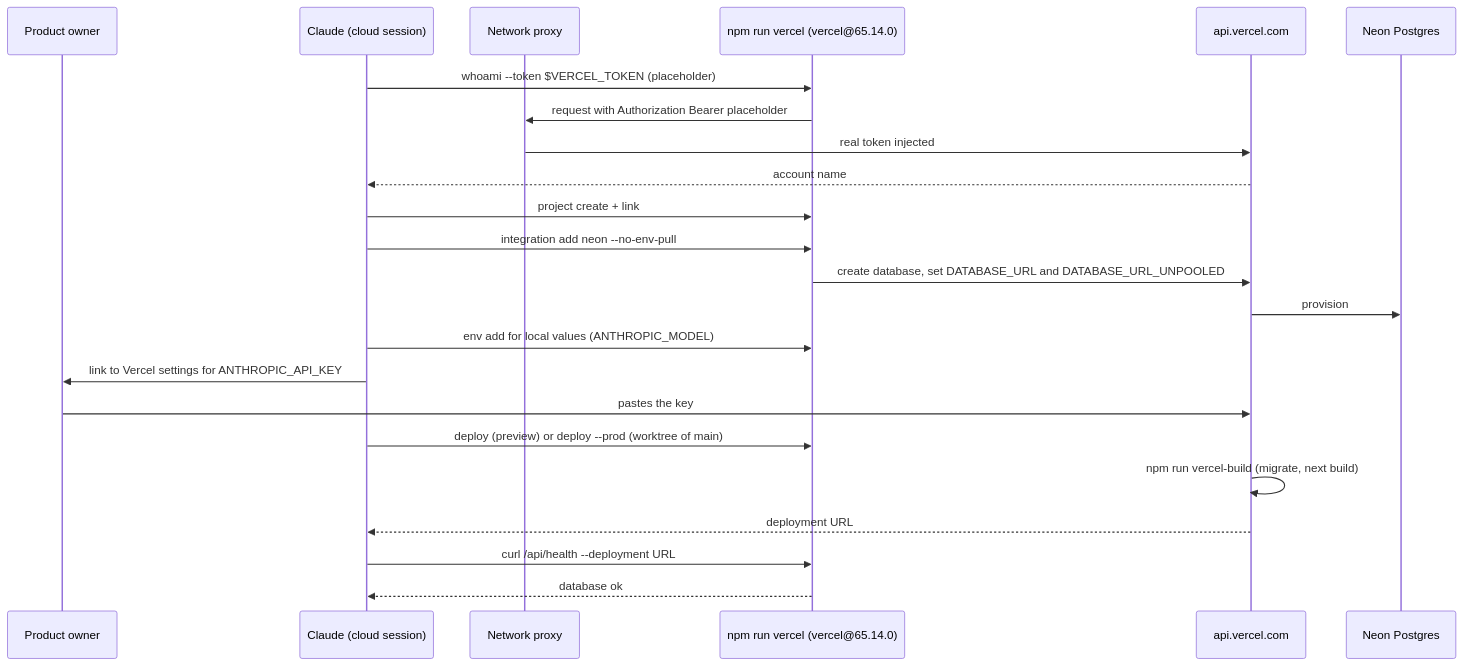
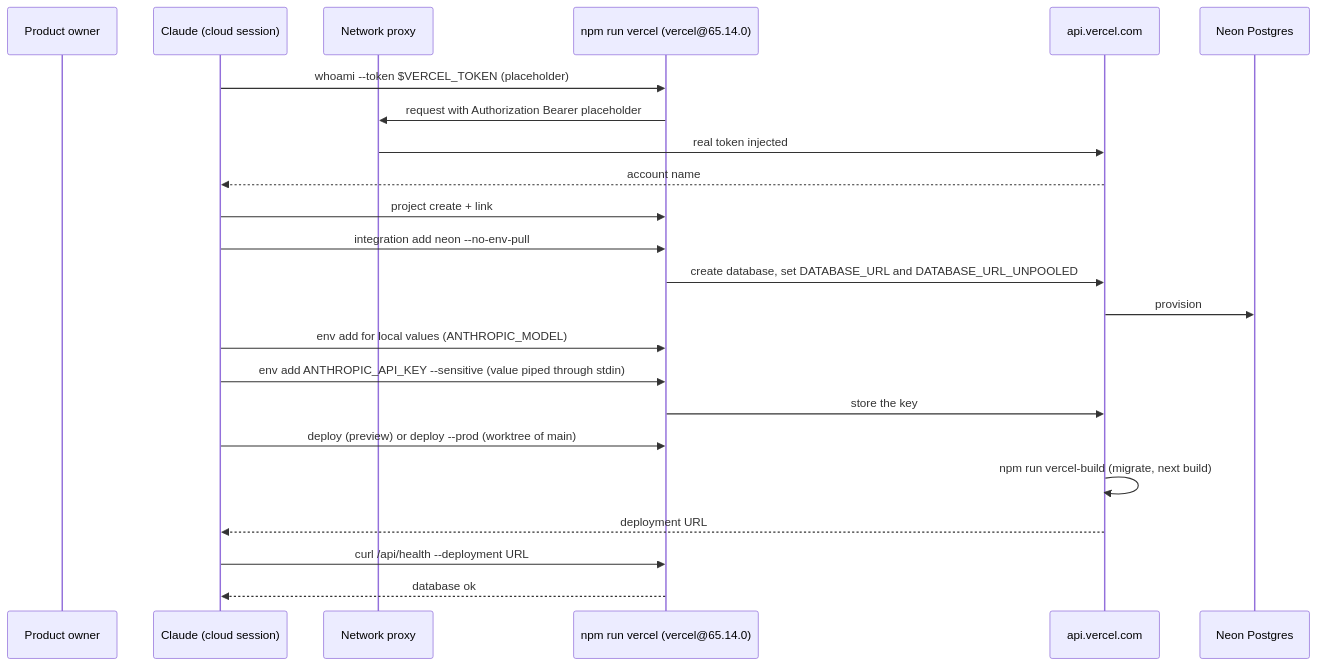
One commit to Blueydata/ai-dev-foundation changed the diagram in docs/technical/deployment.md. Above: the diagram before and after it, drawn with Mermaid. The commit also changed other lines of this file and 10 other files, not shown here.

First line of the commit message:
docs: repository created in the prerequisites, Anthropic key as an environment variable copied to Vercel by Claude

````diff
--- a/docs/technical/deployment.md
+++ b/docs/technical/deployment.md
@@ -9,25 +9,25 @@
 ```mermaid
 sequenceDiagram
   participant Owner as Product owner
   participant Claude as Claude (cloud session)
   participant Proxy as Network proxy
   participant CLI as npm run vercel (vercel@65.14.0)
   participant Vercel as api.vercel.com
   participant Neon as Neon Postgres
   Claude->>CLI: whoami --token $VERCEL_TOKEN (placeholder)
   CLI->>Proxy: request with Authorization Bearer placeholder
   Proxy->>Vercel: real token injected
   Vercel-->>Claude: account name
   Claude->>CLI: project create + link
   Claude->>CLI: integration add neon --no-env-pull
   CLI->>Vercel: create database, set DATABASE_URL and DATABASE_URL_UNPOOLED
   Vercel->>Neon: provision
   Claude->>CLI: env add for local values (ANTHROPIC_MODEL)
-  Claude->>Owner: link to Vercel settings for ANTHROPIC_API_KEY
-  Owner->>Vercel: pastes the key
+  Claude->>CLI: env add ANTHROPIC_API_KEY --sensitive (value piped through stdin)
+  CLI->>Vercel: store the key
   Claude->>CLI: deploy (preview) or deploy --prod (worktree of main)
   Vercel->>Vercel: npm run vercel-build (migrate, next build)
   Vercel-->>Claude: deployment URL
   Claude->>CLI: curl /api/health --deployment URL
   CLI-->>Claude: database ok
 ```
````
